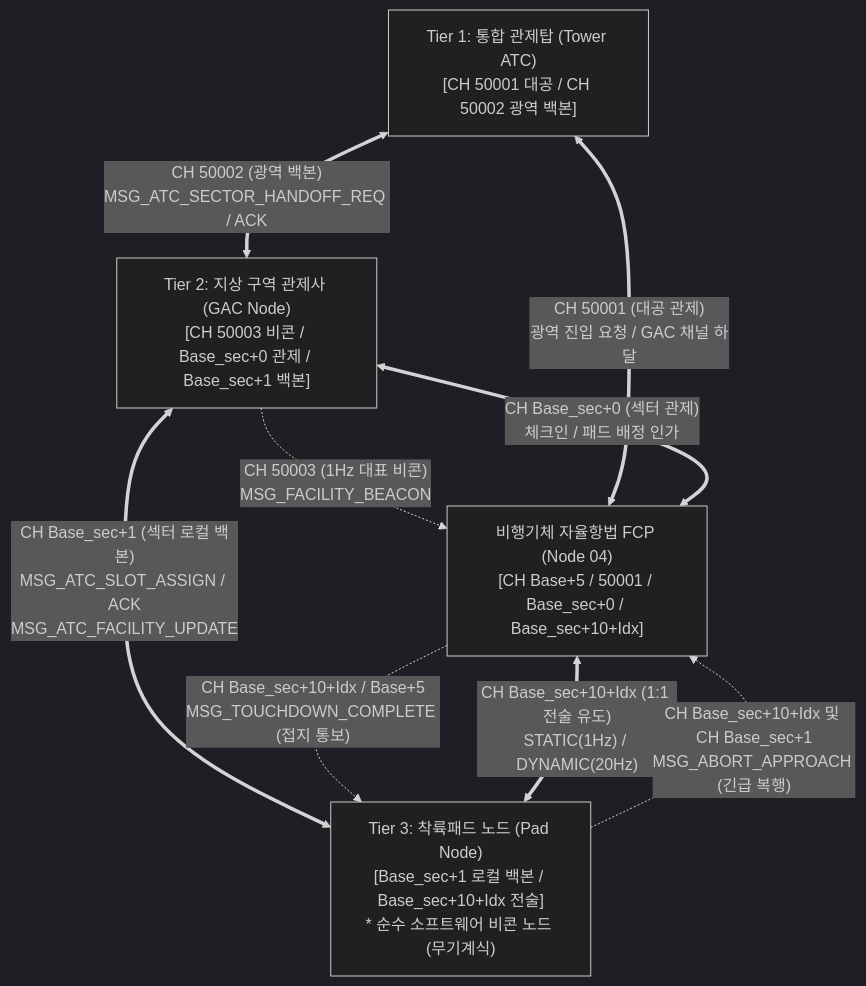
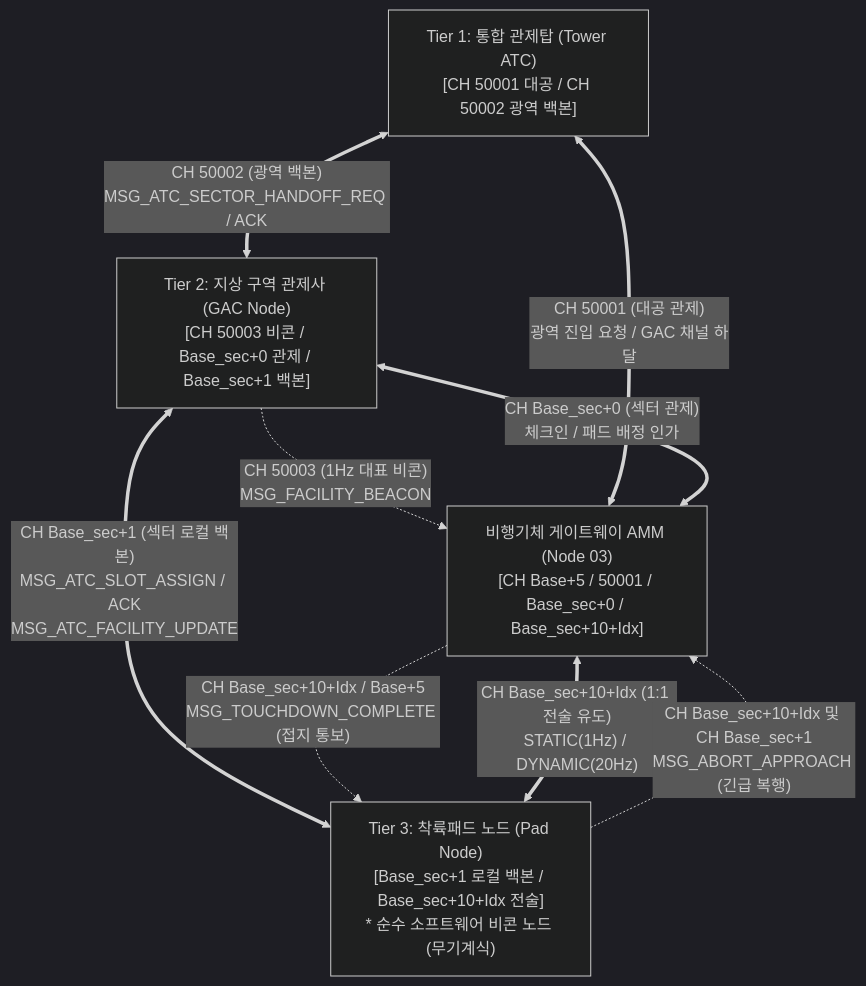
The first of 4 diagrams in docs/specs/0_infra/landing_pad/LANDING_PAD_SPECIFICATION_AND_ICD.md (Polimachi/Aeroneutics_Autopilot), drawn with Mermaid (dark theme) before and after one commit. The commit also changed other lines of this file and 18 other files, not shown here.

Commit message:
docs(specs): shrink FCP to SE(3) outer-loop and migrate gateway/nav/mission ownership to AMM (TASK-206)

````diff
--- a/docs/specs/0_infra/landing_pad/LANDING_PAD_SPECIFICATION_AND_ICD.md
+++ b/docs/specs/0_infra/landing_pad/LANDING_PAD_SPECIFICATION_AND_ICD.md
@@ -145,16 +147,16 @@
 ```mermaid
 flowchart TD
     ATC["Tier 1: 통합 관제탑 (Tower ATC)<br/>[CH 50001 대공 / CH 50002 광역 백본]"]
     GAC["Tier 2: 지상 구역 관제사 (GAC Node)<br/>[CH 50003 비콘 / Base_sec+0 관제 / Base_sec+1 백본]"]
     PAD["Tier 3: 착륙패드 노드 (Pad Node)<br/>[Base_sec+1 로컬 백본 / Base_sec+10+Idx 전술]<br/>* 순수 소프트웨어 비콘 노드 (무기계식)"]
-    FCP["비행기체 자율항법 FCP (Node 04)<br/>[CH Base+5 / 50001 / Base_sec+0 / Base_sec+10+Idx]"]
+    AMM["비행기체 게이트웨이 AMM (Node 03)<br/>[CH Base+5 / 50001 / Base_sec+0 / Base_sec+10+Idx]"]
 
     ATC <==>|"CH 50002 (광역 백본)<br/>MSG_ATC_SECTOR_HANDOFF_REQ / ACK"| GAC
-    FCP <==>|"CH 50001 (대공 관제)<br/>광역 진입 요청 / GAC 채널 하달"| ATC
-    GAC -.->|"CH 50003 (1Hz 대표 비콘)<br/>MSG_FACILITY_BEACON"| FCP
-    FCP <==>|"CH Base_sec+0 (섹터 관제)<br/>체크인 / 패드 배정 인가"| GAC
+    AMM <==>|"CH 50001 (대공 관제)<br/>광역 진입 요청 / GAC 채널 하달"| ATC
+    GAC -.->|"CH 50003 (1Hz 대표 비콘)<br/>MSG_FACILITY_BEACON"| AMM
+    AMM <==>|"CH Base_sec+0 (섹터 관제)<br/>체크인 / 패드 배정 인가"| GAC
     GAC <==>|"CH Base_sec+1 (섹터 로컬 백본)<br/>MSG_ATC_SLOT_ASSIGN / ACK<br/>MSG_ATC_FACILITY_UPDATE"| PAD
-    PAD <==>|"CH Base_sec+10+Idx (1:1 전술 유도)<br/>STATIC(1Hz) / DYNAMIC(20Hz)"| FCP
-    FCP -.->|"CH Base_sec+10+Idx / Base+5<br/>MSG_TOUCHDOWN_COMPLETE (접지 통보)"| PAD
-    PAD -.->|"CH Base_sec+10+Idx 및 CH Base_sec+1<br/>MSG_ABORT_APPROACH (긴급 복행)"| FCP
+    PAD <==>|"CH Base_sec+10+Idx (1:1 전술 유도)<br/>STATIC(1Hz) / DYNAMIC(20Hz)"| AMM
+    AMM -.->|"CH Base_sec+10+Idx / Base+5<br/>MSG_TOUCHDOWN_COMPLETE (접지 통보)"| PAD
+    PAD -.->|"CH Base_sec+10+Idx 및 CH Base_sec+1<br/>MSG_ABORT_APPROACH (긴급 복행)"| AMM
 ```
````
